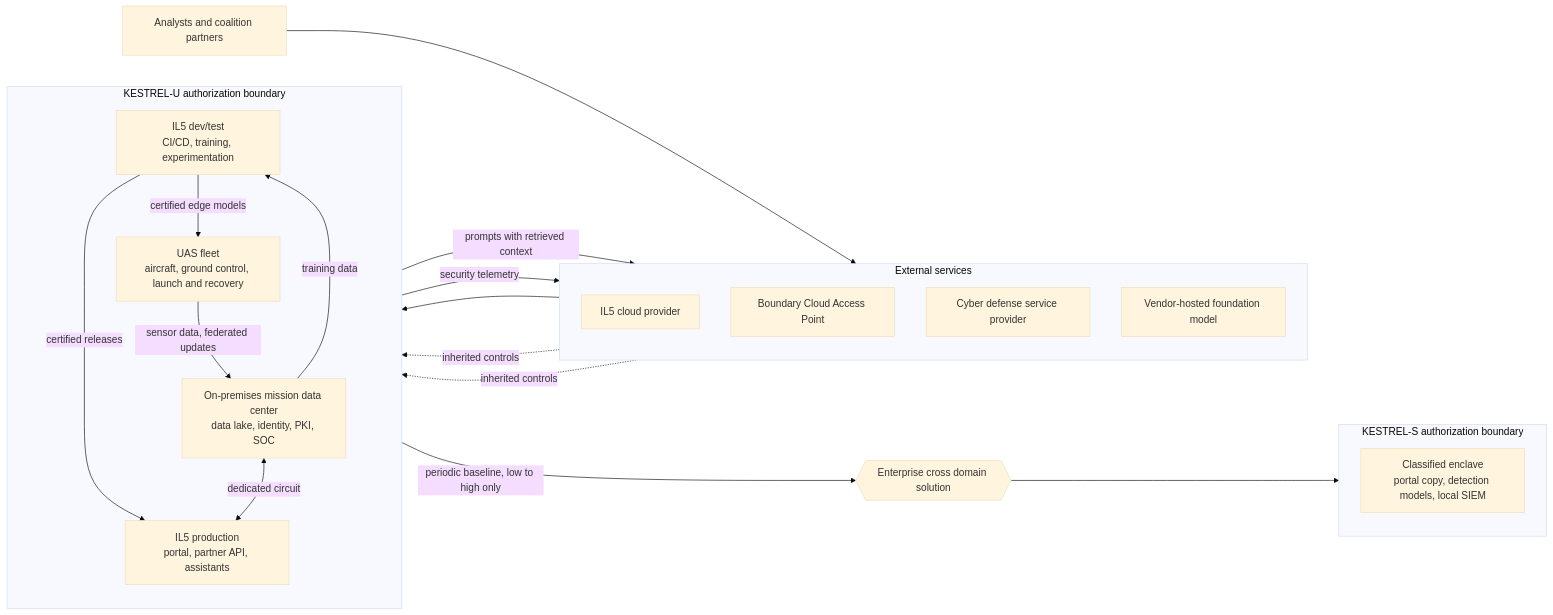
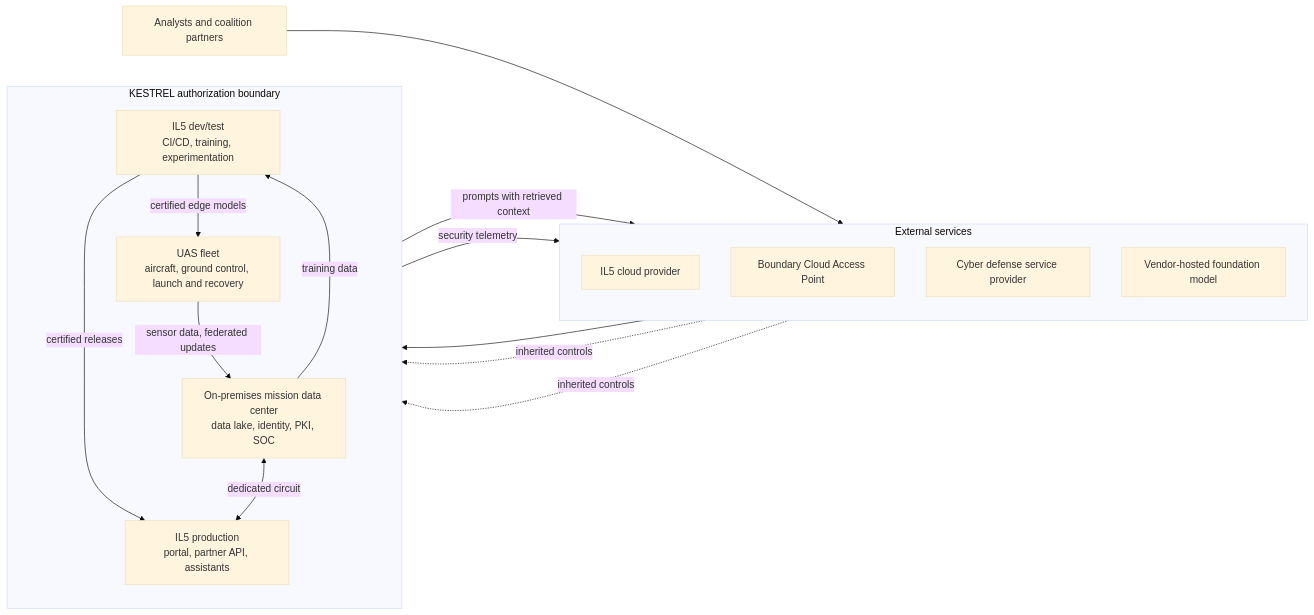
One commit to jessestarkey/Kestrel changed the diagram in 01-system-description.md. Above: the diagram before and after it, drawn with Mermaid (base theme). The commit also changed other lines of this file and 1 other file, not shown here.

First line of the commit message:
Scope KESTREL to a single IL5 system

````diff
--- a/01-system-description.md
+++ b/01-system-description.md
@@ -28,37 +27,29 @@
 ```mermaid
 flowchart LR
     subgraph EXT["External services"]
         direction TB
         CSP["IL5 cloud provider"]
         BCAP["Boundary Cloud Access Point"]
         CSSP["Cyber defense service provider"]
         FM["Vendor-hosted foundation model"]
     end
 
-    subgraph U["KESTREL-U authorization boundary"]
+    subgraph U["KESTREL authorization boundary"]
         direction TB
         DEV["IL5 dev/test<br/>CI/CD, training, experimentation"]
         PROD["IL5 production<br/>portal, partner API, assistants"]
         DC["On-premises mission data center<br/>data lake, identity, PKI, SOC"]
         FLEET["UAS fleet<br/>aircraft, ground control, launch and recovery"]
         DEV -->|"certified releases"| PROD
         DC <-->|"dedicated circuit"| PROD
         DC -->|"training data"| DEV
         FLEET -->|"sensor data, federated updates"| DC
         DEV -->|"certified edge models"| FLEET
     end
 
-    CDS{{"Enterprise cross domain solution"}}
-
-    subgraph S["KESTREL-S authorization boundary"]
-        direction TB
-        ENC["Classified enclave<br/>portal copy, detection models, local SIEM"]
-    end
-
     USERS["Analysts and coalition partners"] --> BCAP --> PROD
     PROD -->|"prompts with retrieved context"| FM
     CSP -.->|"inherited controls"| DEV
     CSP -.->|"inherited controls"| PROD
     DC -->|"security telemetry"| CSSP
-    DEV -->|"periodic baseline, low to high only"| CDS --> ENC
 ```
````
